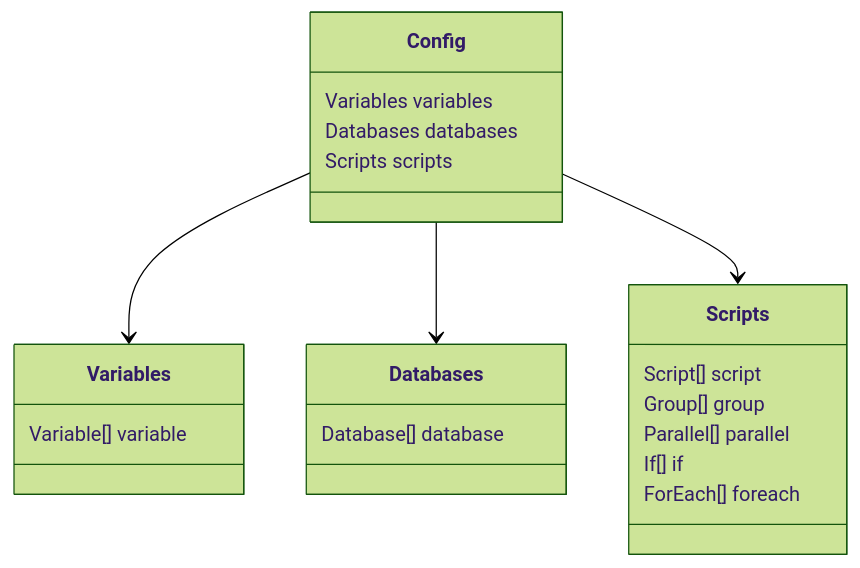
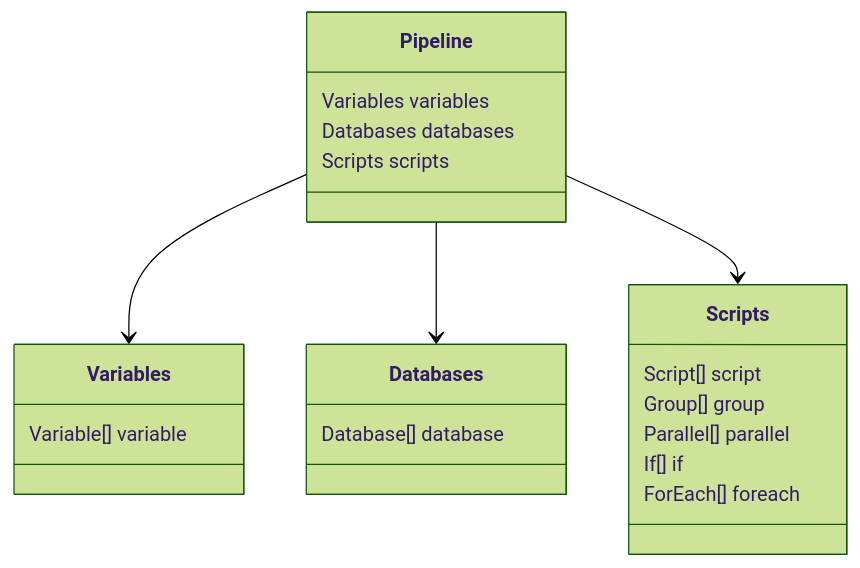
Before and after one commit to etl-madness/go-etl: the second of 2 diagrams in README.md, drawn with Mermaid (forest theme). The commit also changed other lines of this file, not shown here.

````diff
--- a/README.md
+++ b/README.md
@@ -153,24 +153,24 @@
 ```mermaid
 classDiagram
-    class Config {
+    class Pipeline {
         Variables variables
         Databases databases
         Scripts scripts
     }
     class Variables {
         Variable[] variable
     }
     class Databases {
         Database[] database
     }
     class Scripts {
         Script[] script
         Group[] group
         Parallel[] parallel
         If[] if
         ForEach[] foreach
     }
-    Config --> Variables
-    Config --> Databases
-    Config --> Scripts
+    Pipeline --> Variables
+    Pipeline --> Databases
+    Pipeline --> Scripts
 ```
````
